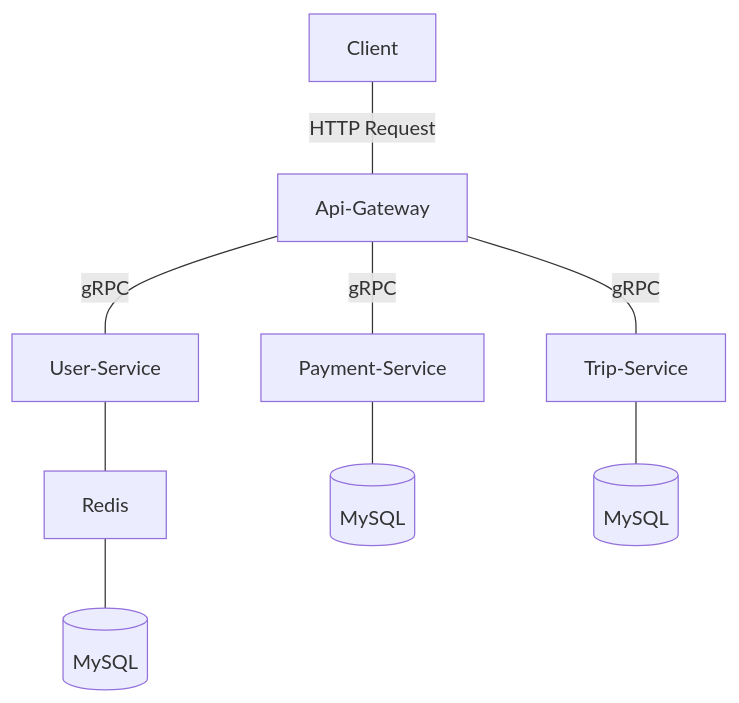
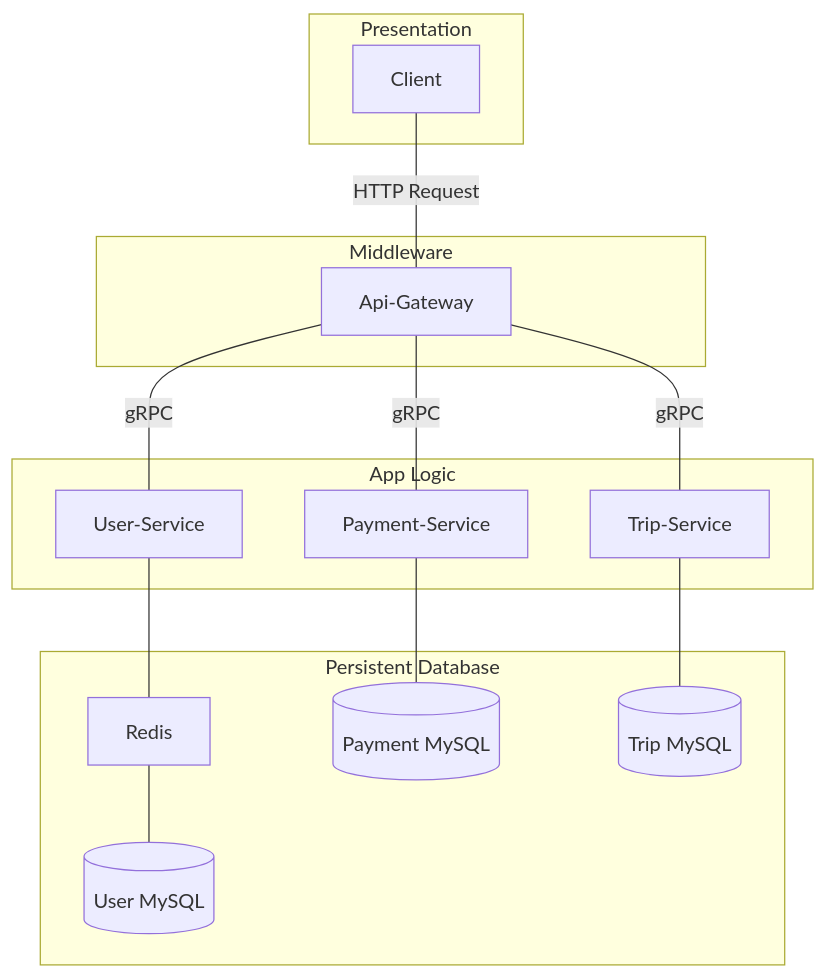
Before and after one commit to haiyen11231/eco-taxi-api-gateway: the diagram in README.md, drawn with Mermaid.

Commit message:
:memo: docs: update System Architecture Diagram

````diff
--- a/README.md
+++ b/README.md
@@ -73,15 +73,38 @@
 ```mermaid
 graph TD
-    Client---|HTTP Request|Api-Gateway
-    Api-Gateway---|gRPC|User-Service
-    Api-Gateway---|gRPC|Trip-Service
-    Api-Gateway---|gRPC|Payment-Service
+    %% Presentation Layer
+    subgraph Presentation
+        Client
+    end
 
-    User-Service---Redis
-    Redis---User-MySQL[(MySQL)]
+    %% Middleware Layer
+    subgraph Middleware
+        Api-Gateway
+    end
 
-    Payment-Service---Payment-MySQL[(MySQL)]
+    %% App Logic Layer
+    subgraph App_Logic [App Logic]
+        User-Service
+        Trip-Service
+        Payment-Service
+    end
 
-    Trip-Service---Trip-MySQL[(MySQL)]
+    %% Persistent Database Layer
+    subgraph Persistent_Database [Persistent Database]
+        Redis
+        User-MySQL[(User MySQL)]
+        Payment-MySQL[(Payment MySQL)]
+        Trip-MySQL[(Trip MySQL)]
+    end
+
+    %% Connections
+    Client ---|HTTP Request| Api-Gateway
+    Api-Gateway ---|gRPC| User-Service
+    Api-Gateway ---|gRPC| Trip-Service
+    Api-Gateway ---|gRPC| Payment-Service
+    User-Service --- Redis
+    Redis --- User-MySQL
+    Payment-Service --- Payment-MySQL
+    Trip-Service --- Trip-MySQL
 
 ```
````
